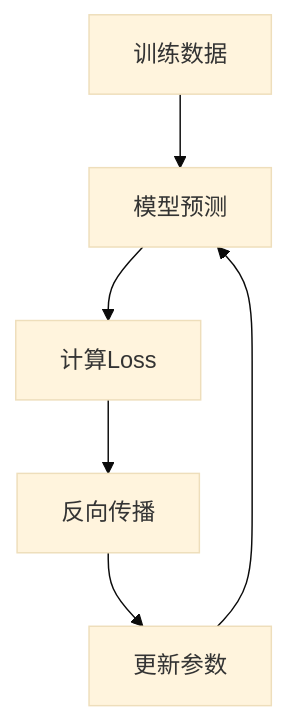
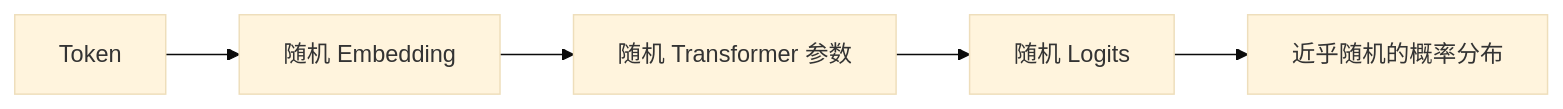
Before and after one commit to lizuyi-6/day0: the first of 4 diagrams in docs/04_training/index.md, drawn with Mermaid (base theme). The commit also changed other lines of this file, not shown here.

````diff
--- a/docs/04_training/index.md
+++ b/docs/04_training/index.md
@@ -24,8 +36,7 @@
 ```mermaid
-flowchart TD
-A[训练数据] --> B[模型预测]
-B --> C[计算Loss]
-C --> D[反向传播]
-D --> E[更新参数]
-E --> B
+flowchart LR
+    A[Token] --> B[随机 Embedding]
+    B --> C[随机 Transformer 参数]
+    C --> D[随机 Logits]
+    D --> E[近乎随机的概率分布]
 ```
````
